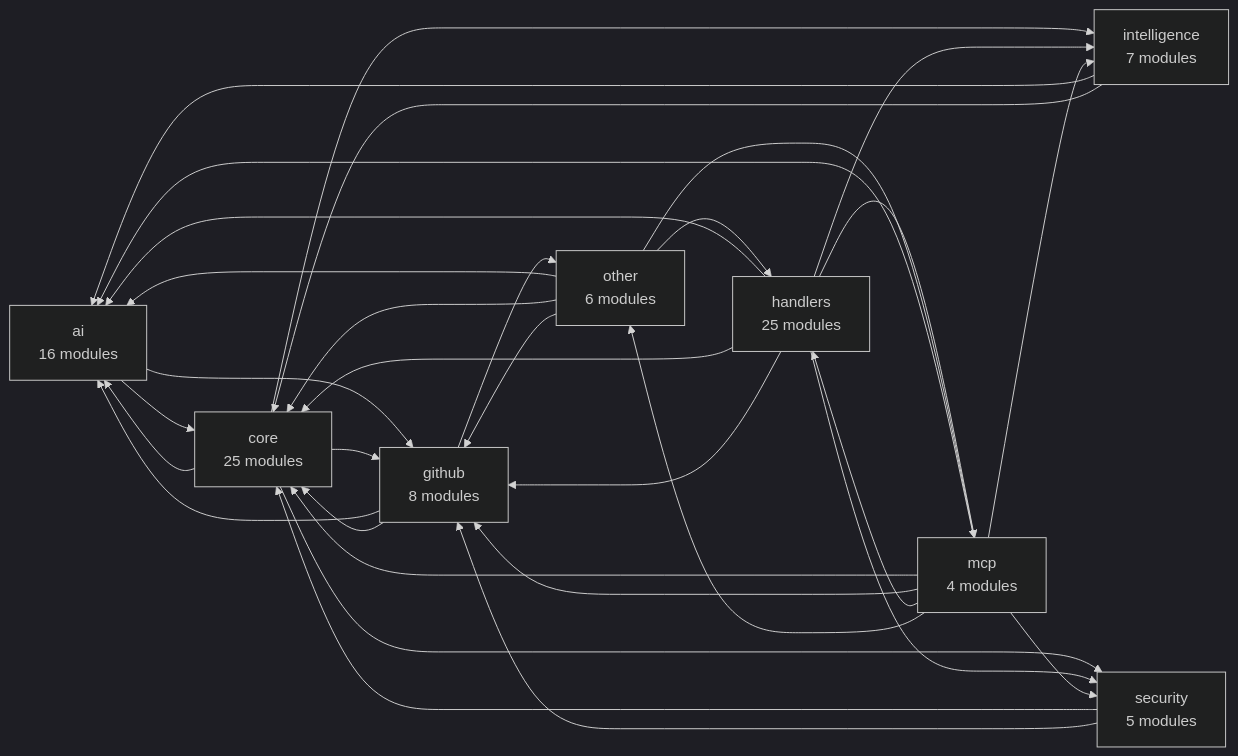
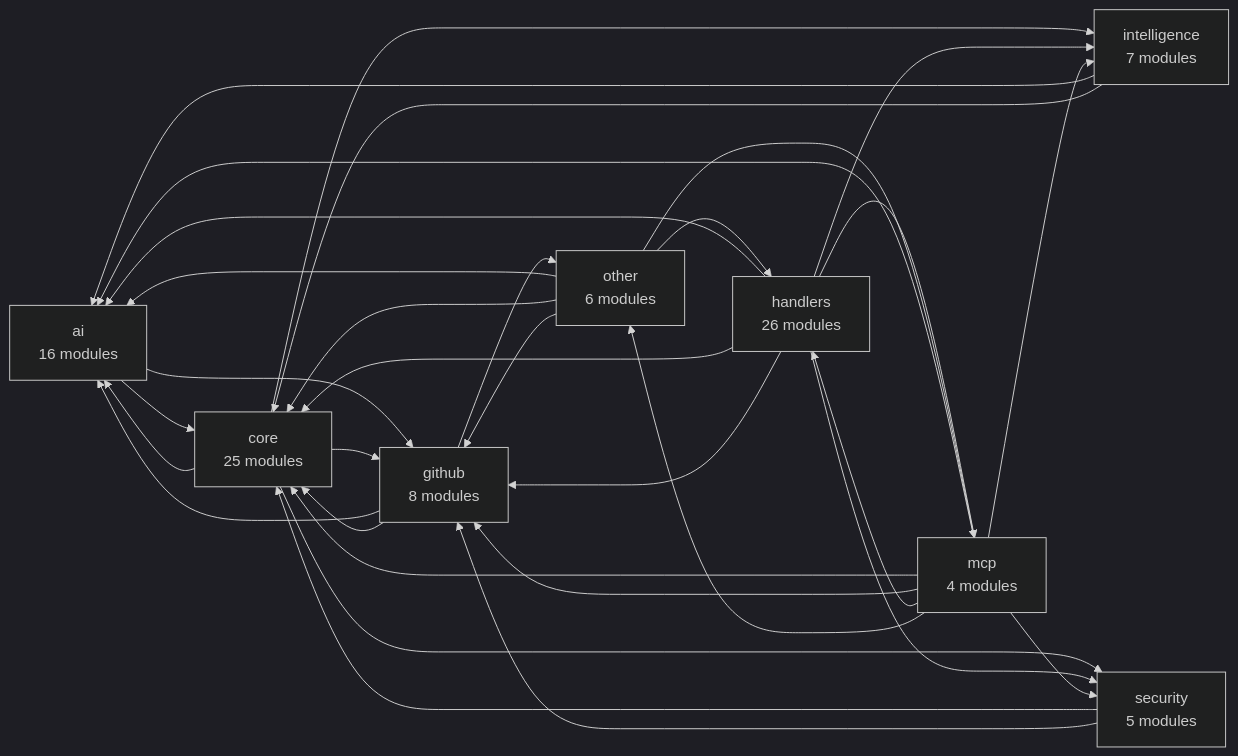
One commit to Shweta-Mishra-ai/github-autopilot changed the second of 2 diagrams in README.md. Above: the diagram before and after it, drawn with Mermaid (dark theme). The commit also changed other lines of this file and 10 other files, not shown here.

````diff
--- a/README.md
+++ b/README.md
@@ -400,42 +400,42 @@
 ```mermaid
 graph LR
     ai["ai<br/>16 modules"]
     core["core<br/>25 modules"]
     github["github<br/>8 modules"]
-    handlers["handlers<br/>25 modules"]
+    handlers["handlers<br/>26 modules"]
     intelligence["intelligence<br/>7 modules"]
     mcp["mcp<br/>4 modules"]
     other["other<br/>6 modules"]
     security["security<br/>5 modules"]
     ai --> core
     ai --> github
     core --> ai
     core --> github
     core --> intelligence
     core --> security
     github --> ai
     github --> core
     github --> other
     handlers --> ai
     handlers --> core
     handlers --> github
     handlers --> intelligence
     handlers --> mcp
     handlers --> security
     intelligence --> ai
     intelligence --> core
     mcp --> ai
     mcp --> core
     mcp --> github
     mcp --> handlers
     mcp --> intelligence
     mcp --> other
     mcp --> security
     other --> ai
     other --> core
     other --> github
     other --> handlers
     other --> mcp
     security --> core
     security --> github
 ```
````
